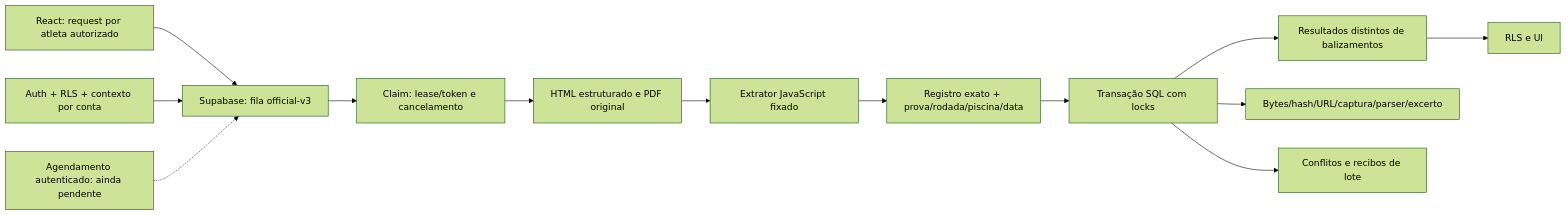
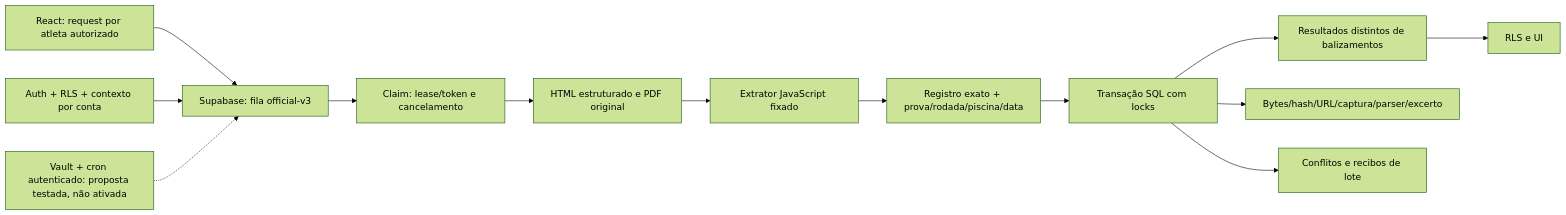
One commit to henriqueballao/VINISWIM changed the second of 2 diagrams in docs/audit/2026-10-11/codex-corrections-after-independent-review.md. Above: the diagram before and after it, drawn with Mermaid (forest theme). The commit also changed other lines of this file and 1 other file, not shown here.

Commit message:
docs(audit): record validated scheduler, schema and UI corrections without approving production gates

````diff
--- a/docs/audit/2026-10-11/codex-corrections-after-independent-review.md
+++ b/docs/audit/2026-10-11/codex-corrections-after-independent-review.md
@@ -84,15 +84,15 @@
 ```mermaid
 flowchart LR
   UI[React: request por atleta autorizado] --> Queue[Supabase: fila official-v3]
   Auth[Auth + RLS + contexto por conta] --> Queue
   Queue --> Lease[Claim: lease/token e cancelamento]
   Lease --> Capture[HTML estruturado e PDF original]
   Capture --> Extract[Extrator JavaScript fixado]
   Extract --> Validate[Registro exato + prova/rodada/piscina/data]
   Validate --> Tx[Transação SQL com locks]
   Tx --> Results[Resultados distintos de balizamentos]
   Tx --> Evidence[Bytes/hash/URL/captura/parser/excerto]
   Tx --> Conflicts[Conflitos e recibos de lote]
   Results --> Read[RLS e UI]
-  Scheduler[Agendamento autenticado: ainda pendente] -.-> Queue
+  Scheduler[Vault + cron autenticado: proposta testada, não ativada] -.-> Queue
 ```
````
